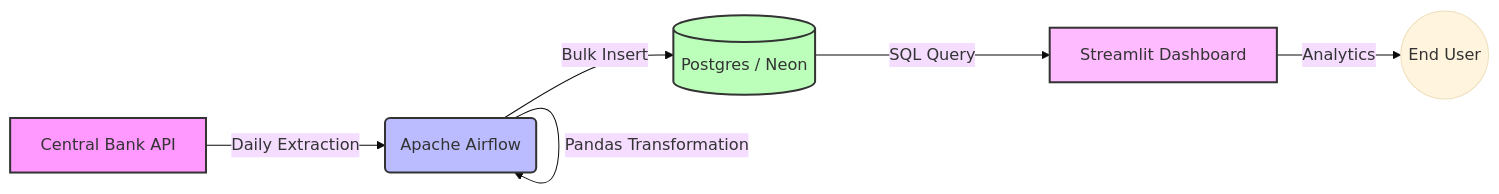
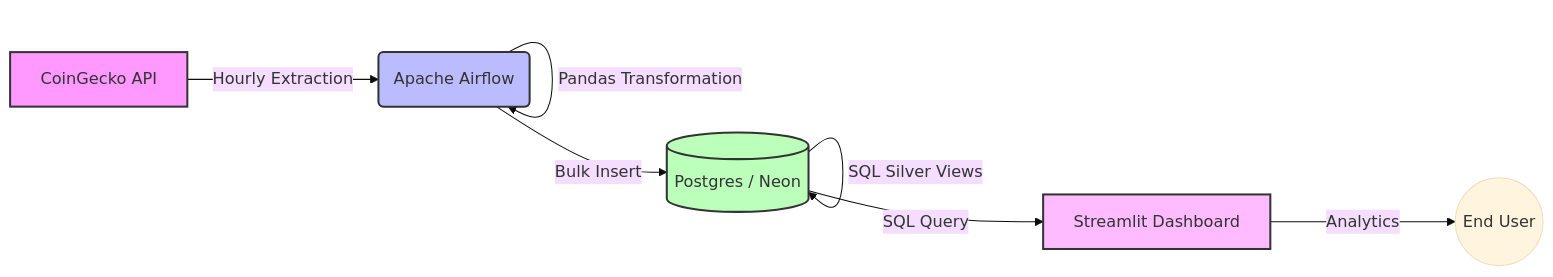
Before and after one commit to jsaraivx/what-price: the diagram in README.md, drawn with Mermaid (base theme). The commit also changed other lines of this file, not shown here.

````diff
--- a/README.md
+++ b/README.md
@@ -19,13 +15,14 @@
 ```mermaid
 graph LR
-    A[Central Bank API] -->|Daily Extraction| B(Apache Airflow)
+    A[CoinGecko API] -->|Hourly Extraction| B(Apache Airflow)
     B -->|Pandas Transformation| B
     B -->|Bulk Insert| C[(Postgres / Neon)]
+    C -->|SQL Silver Views| C
     C -->|SQL Query| D[Streamlit Dashboard]
     D -->|Analytics| E((End User))
 
     style A fill:#f9f,stroke:#333,stroke-width:2px
     style B fill:#bbf,stroke:#333,stroke-width:2px
     style C fill:#bfb,stroke:#333,stroke-width:2px
     style D fill:#fbf,stroke:#333,stroke-width:2px
 ```
````
